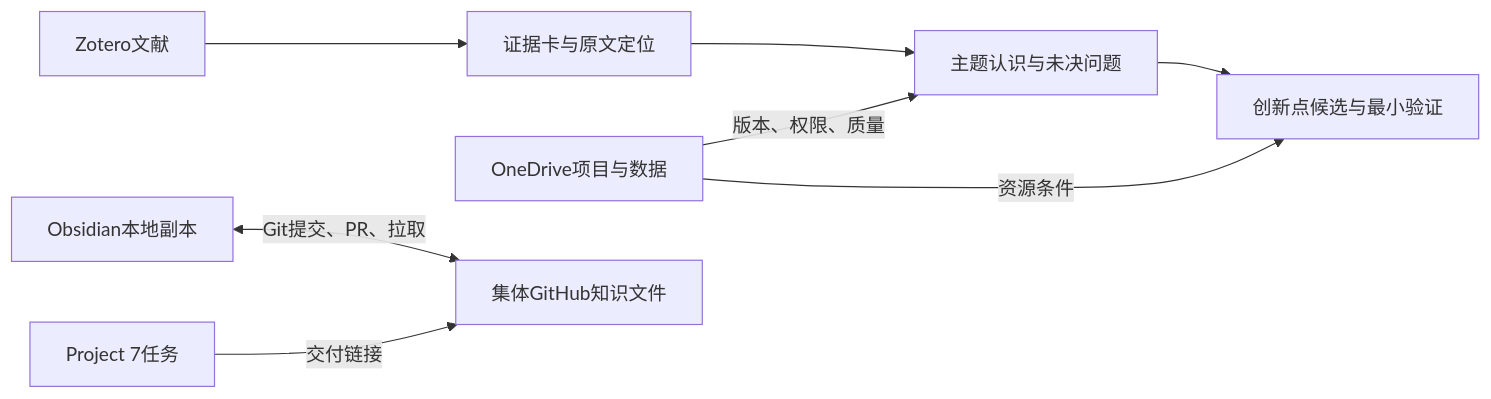
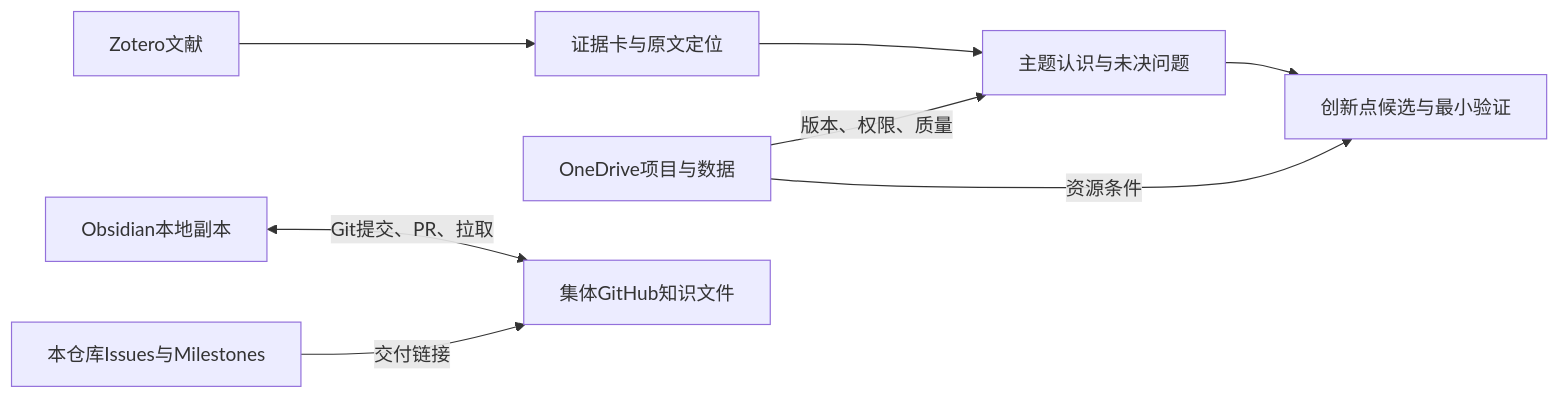
One commit to wangxinyu20429-dotcom/Water-Conservancy-Intelligent-Platform changed the second of 2 diagrams in docs/产品与流程/01_产品说明_V0.5.md. Above: the diagram before and after it, drawn with Mermaid. The commit also changed other lines of this file and 1 other file, not shown here.

````diff
--- a/docs/产品与流程/01_产品说明_V0.5.md
+++ b/docs/产品与流程/01_产品说明_V0.5.md
@@ -39,10 +39,10 @@
 ```mermaid
 flowchart LR
 Z[Zotero文献] --> C[证据卡与原文定位]
 C --> T[主题认识与未决问题]
 T --> I[创新点候选与最小验证]
 O[OneDrive项目与数据] -->|版本、权限、质量| T
 O -->|资源条件| I
 W[Obsidian本地副本] <-->|Git提交、PR、拉取| G[集体GitHub知识文件]
-P[Project 7任务] -->|交付链接| G
+P[本仓库Issues与Milestones] -->|交付链接| G
 ```
````
